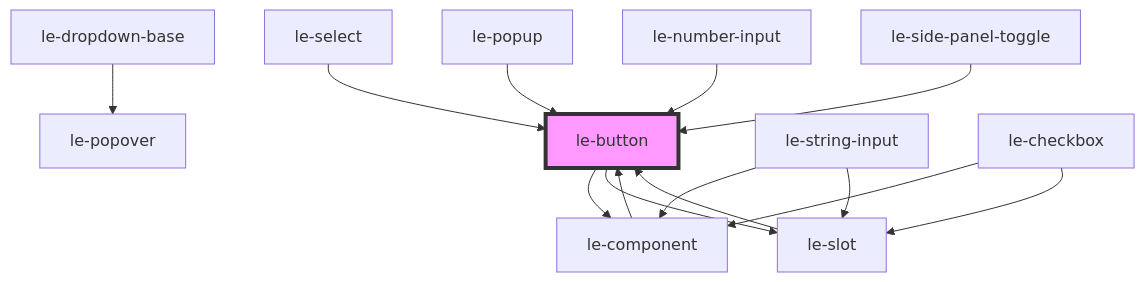
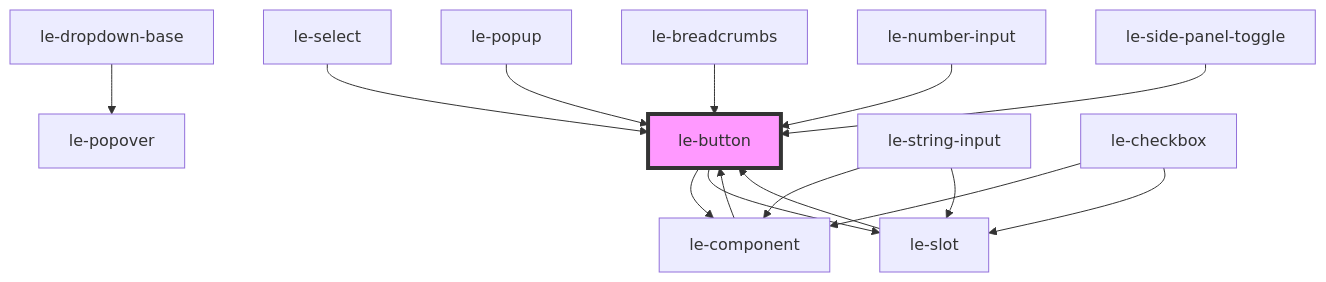
The diagram in src/components/le-button/readme.md (leechy/le-kit), drawn with Mermaid before and after one commit. The commit also changed other lines of this file and 10 other files, not shown here.

````diff
--- a/src/components/le-button/readme.md
+++ b/src/components/le-button/readme.md
@@ -144,17 +145,18 @@
 ```mermaid
 graph TD;
   le-button --> le-component
   le-button --> le-slot
   le-component --> le-button
   le-select --> le-button
   le-dropdown-base --> le-popover
   le-string-input --> le-component
   le-string-input --> le-slot
   le-slot --> le-button
   le-checkbox --> le-component
   le-checkbox --> le-slot
   le-popup --> le-button
+  le-breadcrumbs --> le-button
   le-number-input --> le-button
   le-side-panel-toggle --> le-button
   style le-button fill:#f9f,stroke:#333,stroke-width:4px
 ```
````
